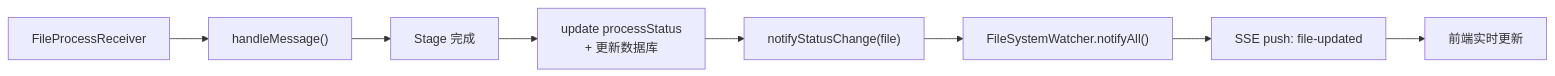
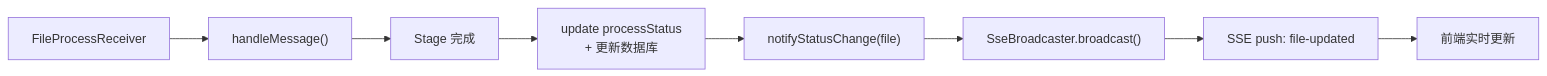
Before and after one commit to AfterMaxQ/AllahPan: the fourth of 5 diagrams in docs/architecture/08-rabbitmq-pipeline.md, drawn with Mermaid. The commit also changed other lines of this file and 24 other files, not shown here.

````diff
--- a/docs/architecture/08-rabbitmq-pipeline.md
+++ b/docs/architecture/08-rabbitmq-pipeline.md
@@ -131,10 +131,10 @@
 ```mermaid
 flowchart LR
     A["FileProcessReceiver"] --> B["handleMessage()"]
     B --> C["Stage 完成"]
     C --> D["update processStatus<br/>+ 更新数据库"]
     D --> E["notifyStatusChange(file)"]
-    E --> F["FileSystemWatcher.notifyAll()"]
+    E --> F["SseBroadcaster.broadcast()"]
     F --> G["SSE push: file-updated"]
     G --> H["前端实时更新"]
 ```
````
